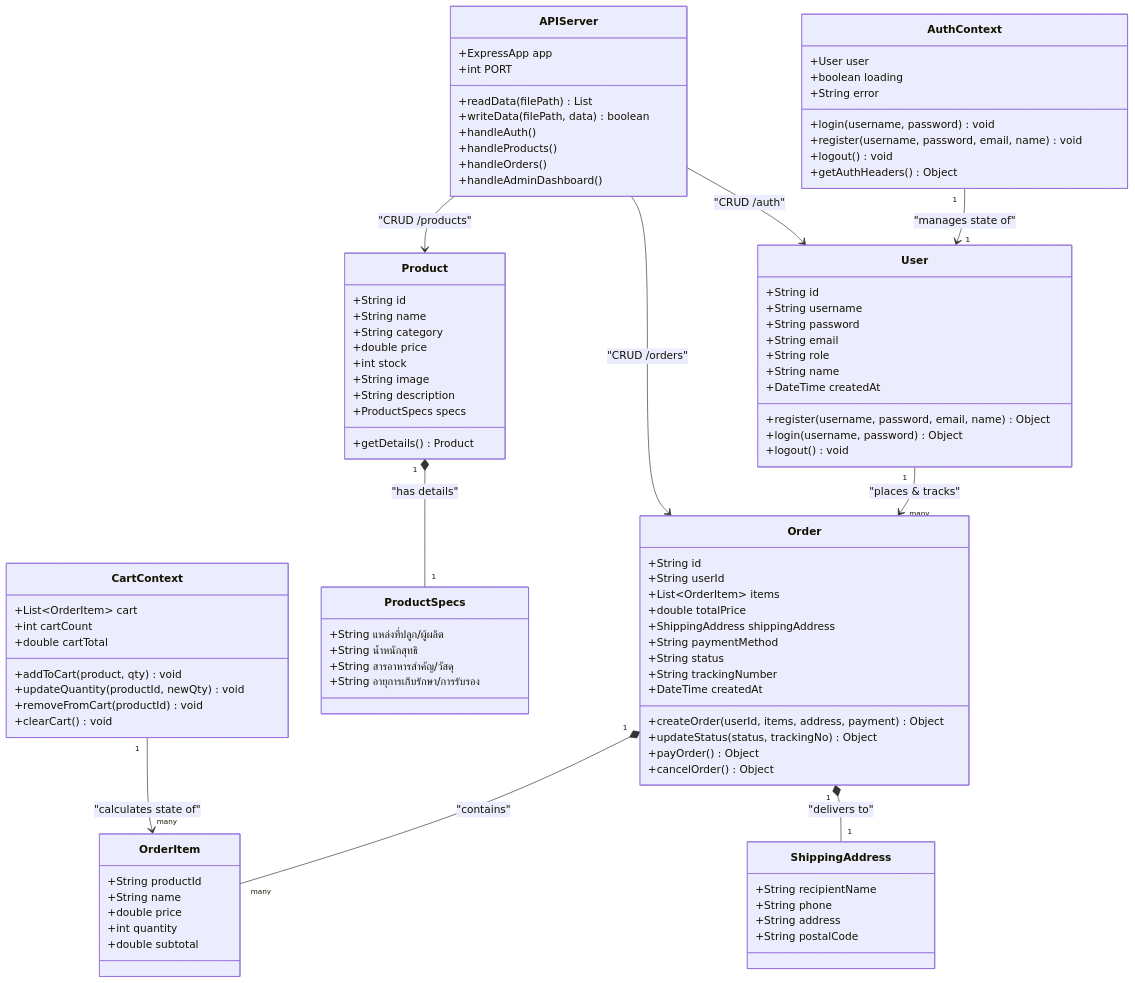
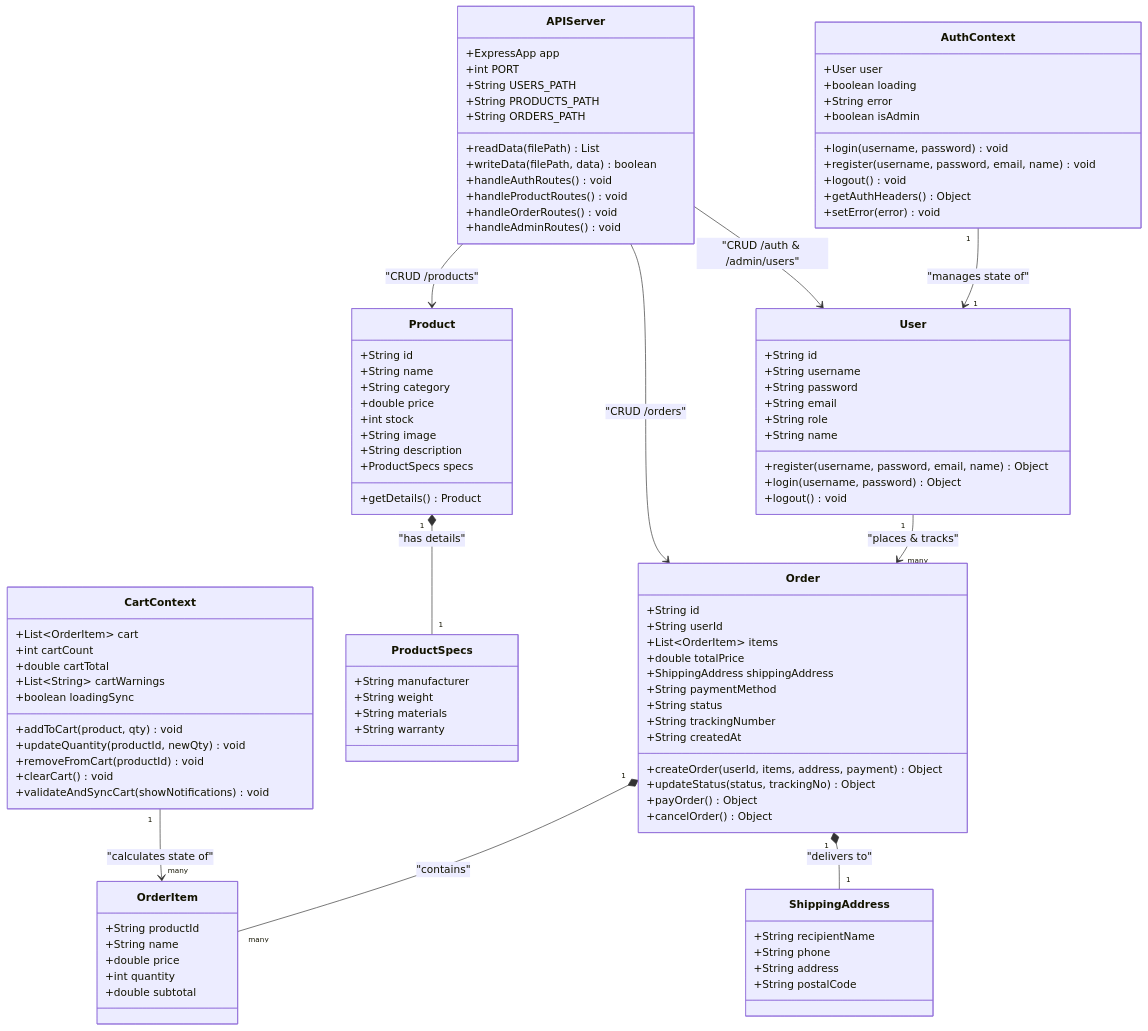
Before and after one commit to neoaway2909/fitpung: the first of 7 diagrams in system_design.md, drawn with Mermaid.

Commit message:
class new

````diff
--- a/system_design.md
+++ b/system_design.md
@@ -61,7 +61,7 @@
   Product "1" *-- "1" ProductSpecs : "has details"
   AuthContext "1" --> "1" User : "manages state of"
   CartContext "1" --> "many" OrderItem : "calculates state of"
-  APIServer --> User : "CRUD /auth"
+  APIServer --> User : "CRUD /auth & /admin/users"
   APIServer --> Product : "CRUD /products"
   APIServer --> Order : "CRUD /orders"
 
@@ -72,7 +72,6 @@
     +String email
     +String role
     +String name
-    +DateTime createdAt
     +register(username, password, email, name) Object
     +login(username, password) Object
     +logout() void
@@ -91,10 +90,10 @@
   }
 
   class ProductSpecs {
-    +String แหล่งที่ปลูก/ผู้ผลิต
-    +String น้ำหนักสุทธิ
-    +String สารอาหารสำคัญ/วัสดุ
-    +String อายุการเก็บรักษา/การรับรอง
+    +String manufacturer
+    +String weight
+    +String materials
+    +String warranty
   }
 
   class Order {
@@ -106,7 +105,7 @@
     +String paymentMethod
     +String status
     +String trackingNumber
-    +DateTime createdAt
+    +String createdAt
     +createOrder(userId, items, address, payment) Object
     +updateStatus(status, trackingNo) Object
     +payOrder() Object
@@ -132,30 +131,38 @@
     +User user
     +boolean loading
     +String error
+    +boolean isAdmin
     +login(username, password) void
     +register(username, password, email, name) void
     +logout() void
     +getAuthHeaders() Object
+    +setError(error) void
   }
 
   class CartContext {
     +List~OrderItem~ cart
     +int cartCount
     +double cartTotal
+    +List~String~ cartWarnings
+    +boolean loadingSync
     +addToCart(product, qty) void
     +updateQuantity(productId, newQty) void
     +removeFromCart(productId) void
     +clearCart() void
+    +validateAndSyncCart(showNotifications) void
   }
 
   class APIServer {
     +ExpressApp app
     +int PORT
+    +String USERS_PATH
+    +String PRODUCTS_PATH
+    +String ORDERS_PATH
     +readData(filePath) List
     +writeData(filePath, data) boolean
-    +handleAuth()
-    +handleProducts()
-    +handleOrders()
-    +handleAdminDashboard()
+    +handleAuthRoutes() void
+    +handleProductRoutes() void
+    +handleOrderRoutes() void
+    +handleAdminRoutes() void
   }
 ```
````
